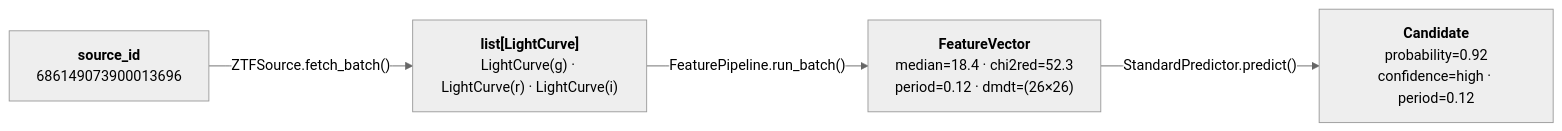
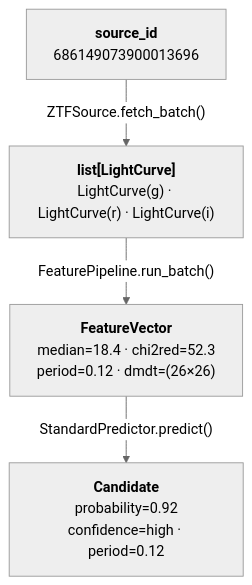
Before and after one commit to ManiacUrgency42/ml4em: the second of 3 diagrams in docs/architecture/overview.md, drawn with Mermaid (neutral theme).

Commit message:
docs: change data flow diagram from LR to TD
Horizontal layout made text too small to read. Vertical matches the
rest of the architecture diagrams.

````diff
--- a/docs/architecture/overview.md
+++ b/docs/architecture/overview.md
@@ -41,11 +41,11 @@
 ```mermaid
-flowchart LR
+flowchart TD
     A["<b>source_id</b><br/>686149073900013696"]
     B["<b>list[LightCurve]</b><br/>LightCurve(g) · LightCurve(r) · LightCurve(i)"]
     C["<b>FeatureVector</b><br/>median=18.4 · chi2red=52.3<br/>period=0.12 · dmdt=(26×26)"]
     D["<b>Candidate</b><br/>probability=0.92<br/>confidence=high · period=0.12"]
 
     A -->|"ZTFSource.fetch_batch()"| B
     B -->|"FeaturePipeline.run_batch()"| C
     C -->|"StandardPredictor.predict()"| D
 ```
````
